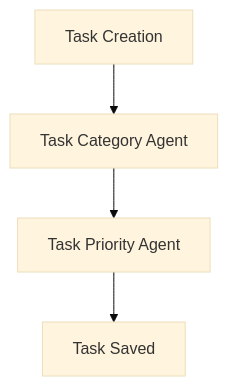
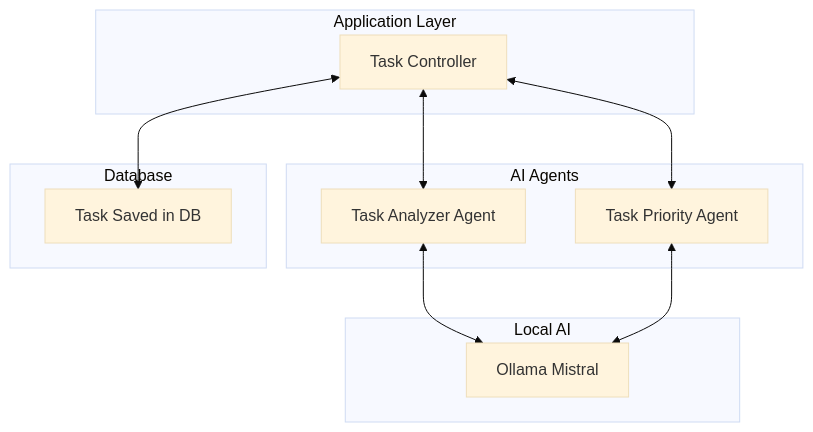
Before and after one commit to hridaya0709/smart-task-manager: the diagram in README.md, drawn with Mermaid (base theme). The commit also changed other lines of this file, not shown here.

````diff
--- a/README.md
+++ b/README.md
@@ -84,6 +107,27 @@
 ```mermaid
-graph TD;
-    A[Task Creation]-->B[Task Category Agent];
-    B[Task Category Agent]-->C[Task Priority Agent];
-    C[Task Priority Agent]-->D[Task Saved];
+flowchart TD;
+    subgraph Application Layer;
+        A[Task Controller];
+    end
+
+    subgraph AI Agents;
+        B[Task Analyzer Agent];
+        C[Task Priority Agent];
+    end
+
+    subgraph Local AI;
+        E[Ollama Mistral];
+    end
+
+    subgraph Database;
+        D[Task Saved in DB];
+    end
+
+    A <--> B;
+    A <--> C;
+
+    B <--> E;
+    C <--> E;
+
+    A <--> D;
 ```
````
